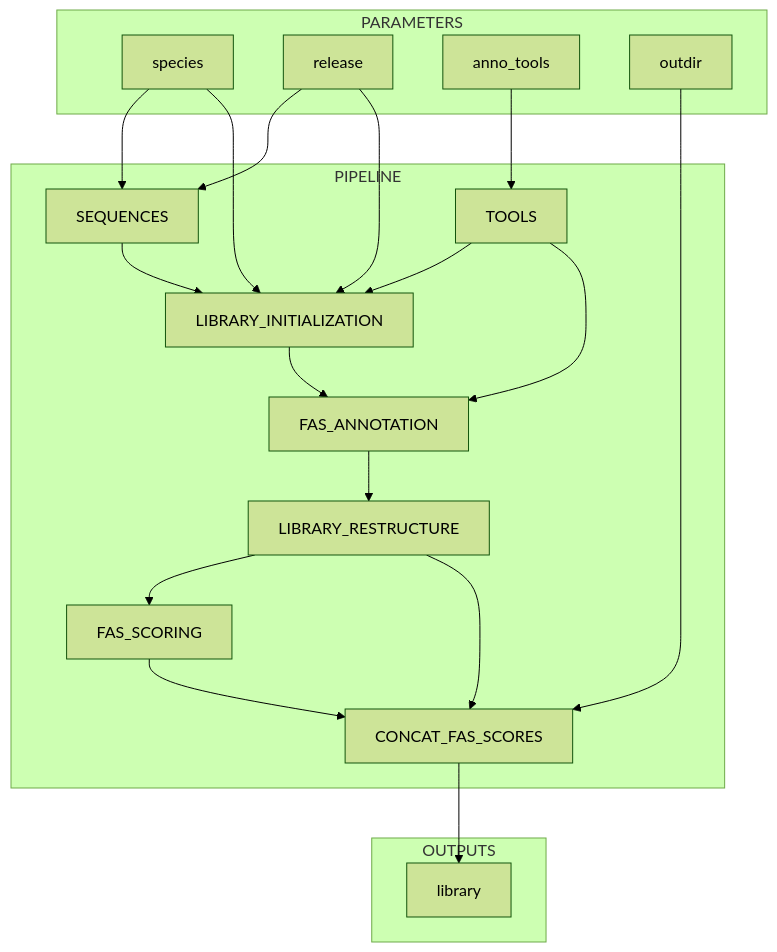
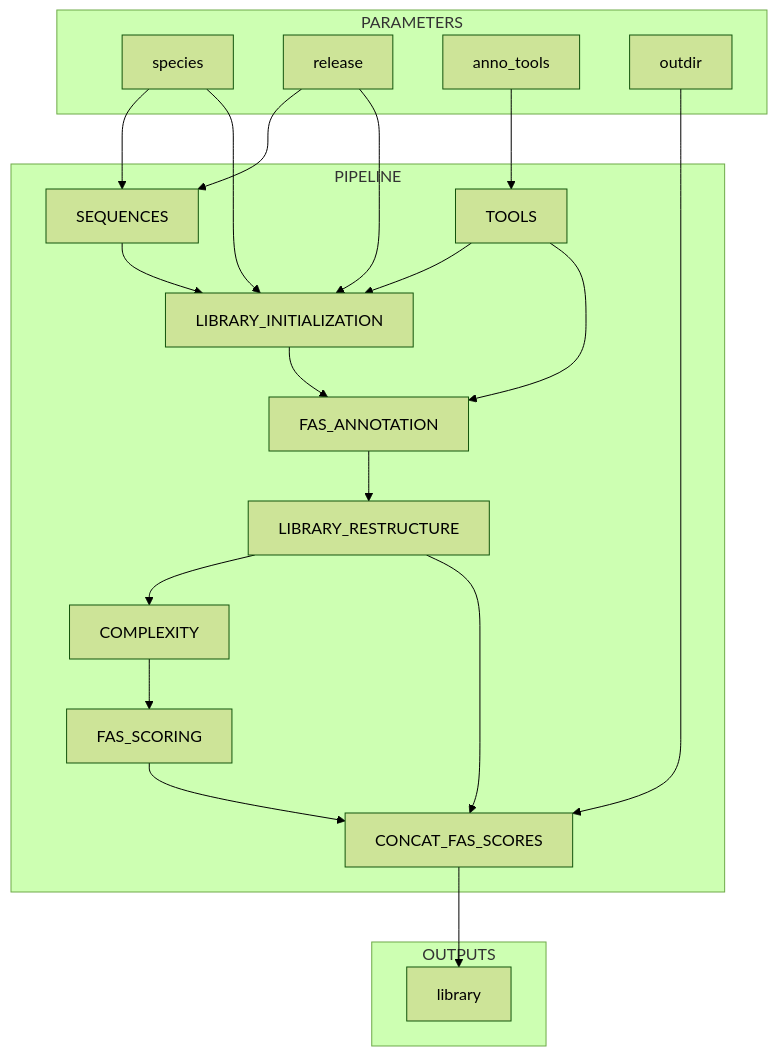
The diagram in README.md (felixhaidle/spice-nf), drawn with Mermaid (forest theme) before and after one commit. The commit also changed other lines of this file and 2 other files, not shown here.

````diff
--- a/README.md
+++ b/README.md
@@ -13,49 +13,54 @@
 ```mermaid
 flowchart TB
     %% Parameters %%
     subgraph PARAMETERS
         species[species]
         release[release]
         anno_tools[anno_tools]
         outdir[outdir]
     end
 
     %% Processes %%
     subgraph PIPELINE
         SEQUENCES[SEQUENCES]
         TOOLS[TOOLS]
         LIBRARY_INITIALIZATION[LIBRARY_INITIALIZATION]
         FAS_ANNOTATION[FAS_ANNOTATION]
         LIBRARY_RESTRUCTURE[LIBRARY_RESTRUCTURE]
         FAS_SCORING[FAS_SCORING]
         CONCAT_FAS_SCORES[CONCAT_FAS_SCORES]
+        COMPLEXITY[COMPLEXITY]
     end
 
     %% Outputs %%
     subgraph OUTPUTS
         library[library]
     end
 
     %% Connections %%
     species --> SEQUENCES
     release --> SEQUENCES
     SEQUENCES --> LIBRARY_INITIALIZATION
 
     species --> LIBRARY_INITIALIZATION
     release --> LIBRARY_INITIALIZATION
 
     anno_tools --> TOOLS
 
     TOOLS --> LIBRARY_INITIALIZATION
     TOOLS --> FAS_ANNOTATION
 
     LIBRARY_INITIALIZATION --> FAS_ANNOTATION
     FAS_ANNOTATION --> LIBRARY_RESTRUCTURE
-    LIBRARY_RESTRUCTURE --> FAS_SCORING
+
+    LIBRARY_RESTRUCTURE --> COMPLEXITY
     LIBRARY_RESTRUCTURE --> CONCAT_FAS_SCORES
+
+
+    COMPLEXITY --> FAS_SCORING
 
     FAS_SCORING --> CONCAT_FAS_SCORES
     outdir --> CONCAT_FAS_SCORES
 
     CONCAT_FAS_SCORES --> library
 ```
````
